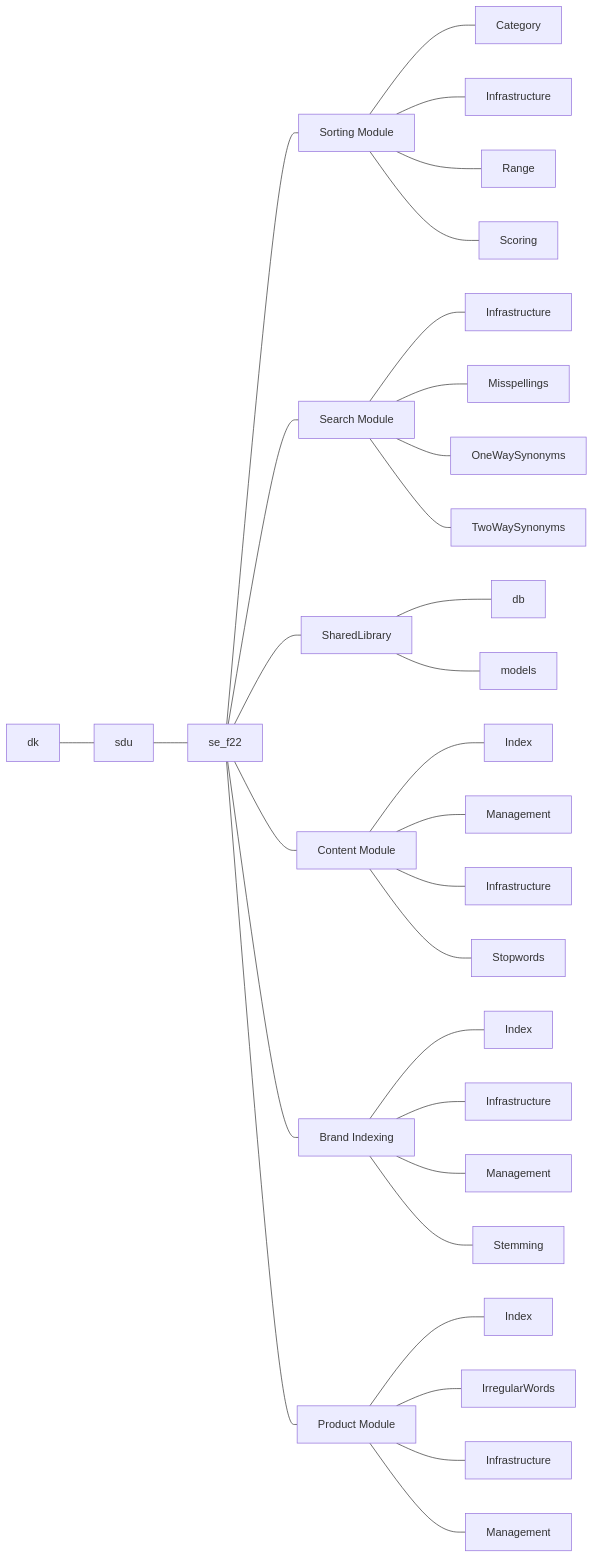
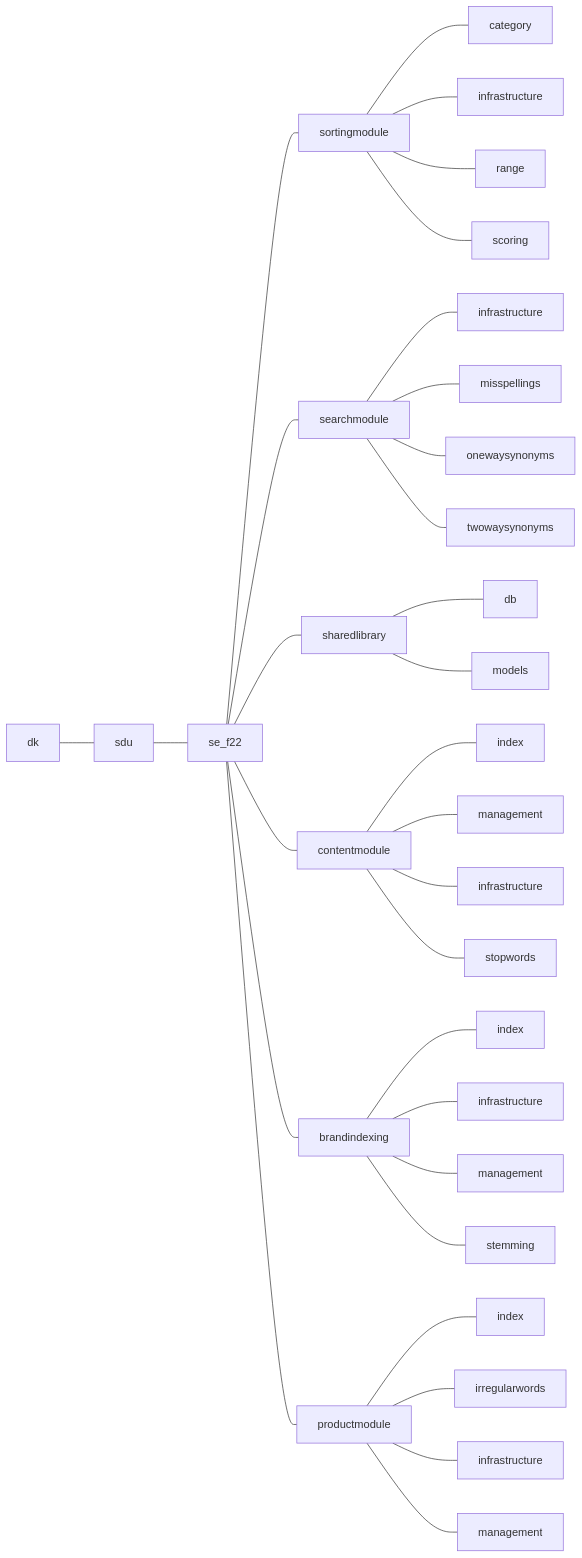
One commit to LangeHenrik/SDU-SE-F22 changed the diagram in README.md. Above: the diagram before and after it, drawn with Mermaid. The commit also changed 106 other files, not shown here.

````diff
--- a/README.md
+++ b/README.md
@@ -9,38 +9,38 @@
 ```mermaid
 flowchart LR
 dk --- sdu --- javase[se_f22]
 
-javase --- som[Sorting Module]
-som --- som_som[Category]
-som --- som_inf[Infrastructure]
-som --- Range
-som --- Scoring
+javase --- som[sortingmodule]
+som --- som_som[category]
+som --- som_inf[infrastructure]
+som --- range
+som --- scoring
 
-javase --- sem[Search Module]
-sem --- sem_inf[Infrastructure]
-sem --- Misspellings
-sem --- OneWaySynonyms
-sem --- TwoWaySynonyms
+javase --- sem[searchmodule]
+sem --- sem_inf[infrastructure]
+sem --- misspellings
+sem --- onewaysynonyms
+sem --- twowaysynonyms
 
-javase --- SharedLibrary
-SharedLibrary --- db
-SharedLibrary --- models
+javase --- sharedlibrary
+sharedlibrary --- db
+sharedlibrary --- models
 
-javase --- cms[Content Module]
-cms --- cms_ind[Index]
-cms --- cms_man[Management]
-cms --- cms_inf[Infrastructure]
-cms --- Stopwords
+javase --- cms[contentmodule]
+cms --- cms_ind[index]
+cms --- cms_man[management]
+cms --- cms_inf[infrastructure]
+cms --- stopwords
 
-javase --- bim[Brand Indexing]
-bim --- bim_ind[Index]
-bim --- bim_inf[Infrastructure]
-bim --- bim_man[Management]
-bim --- Stemming
+javase --- bim[brandindexing]
+bim --- bim_ind[index]
+bim --- bim_inf[infrastructure]
+bim --- bim_man[management]
+bim --- stemming
 
-javase --- prm[Product Module]
-prm --- prm_ind[Index]
-prm --- IrregularWords
-prm --- prm_inf[Infrastructure]
-prm --- prm_man[Management]
+javase --- prm[productmodule]
+prm --- prm_ind[index]
+prm --- irregularwords
+prm --- prm_inf[infrastructure]
+prm --- prm_man[management]
 ```
````
